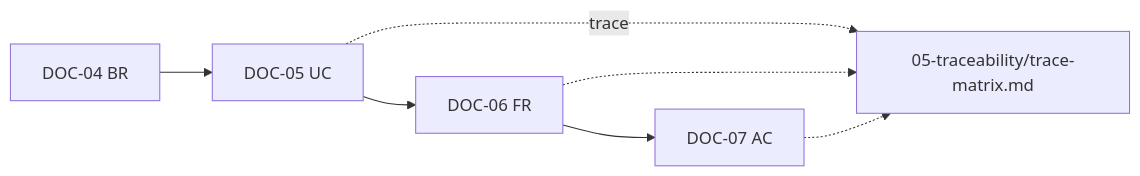
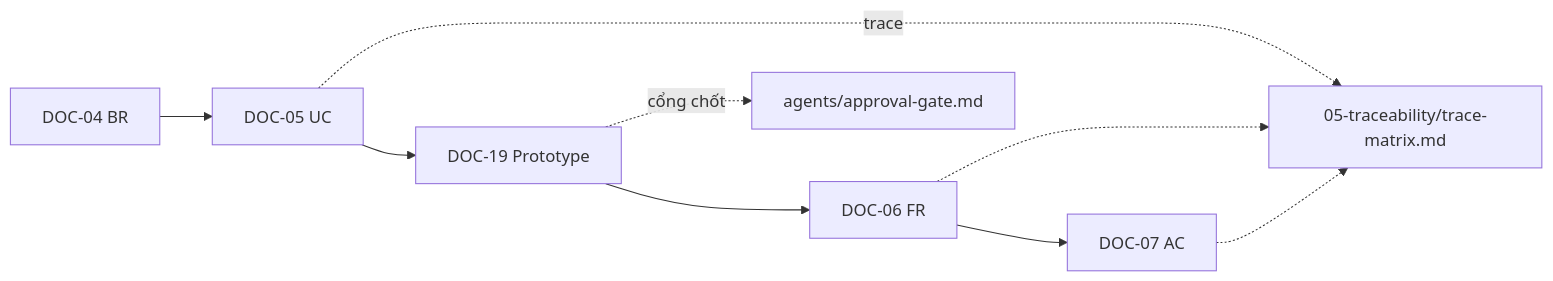
The second of 3 diagrams in minipower/docs/pipeline.md (hoangnh2412/ai-skills), drawn with Mermaid before and after one commit. The commit also changed other lines of this file and 16 other files, not shown here.

````diff
--- a/minipower/docs/pipeline.md
+++ b/minipower/docs/pipeline.md
@@ -74,7 +74,8 @@
 ```mermaid
 flowchart LR
-  BR[DOC-04 BR] --> UC[DOC-05 UC] --> FR[DOC-06 FR] --> AC[DOC-07 AC]
+  BR[DOC-04 BR] --> UC[DOC-05 UC] --> PROTO[DOC-19 Prototype] --> FR[DOC-06 FR] --> AC[DOC-07 AC]
   UC -.->|trace| TM["05-traceability/trace-matrix.md"]
+  PROTO -.->|cổng chốt| G["agents/approval-gate.md"]
   FR -.-> TM
   AC -.-> TM
 ```
````
